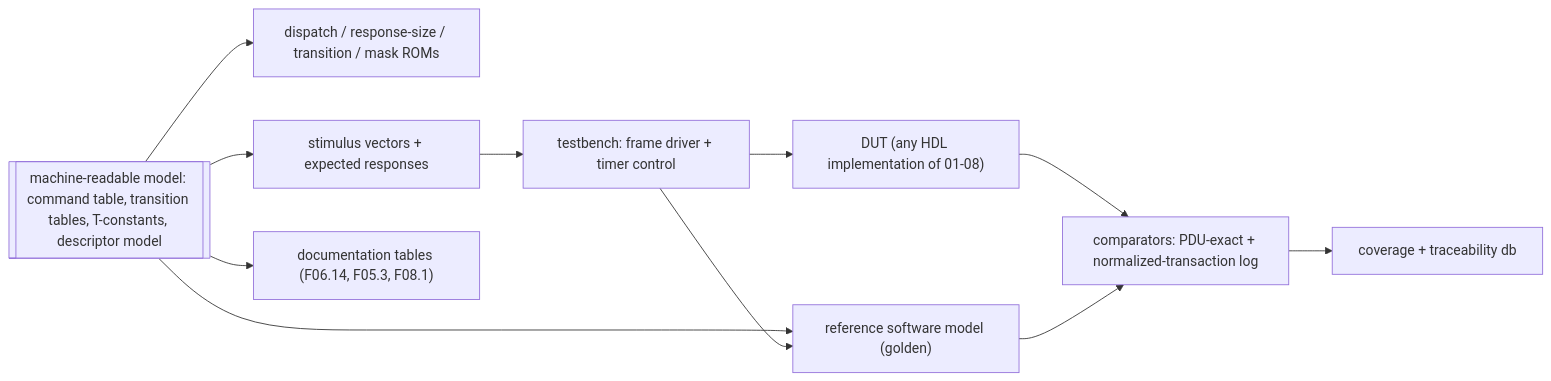
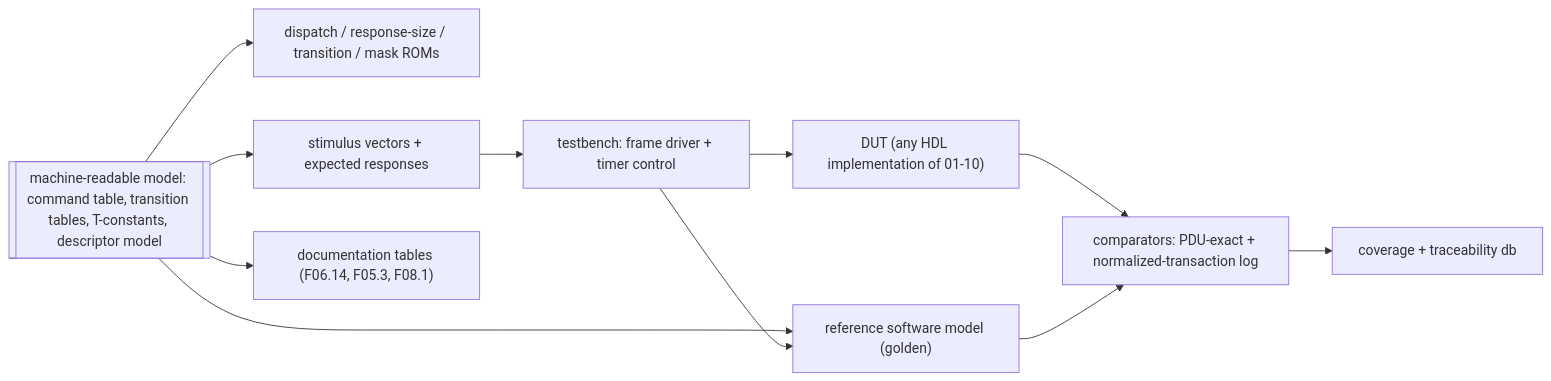
Before and after one commit to Mister-M-alt/protocol-processor-control-plane-avb-milan: the first of 2 diagrams in docs/architecture/09_verification.md, drawn with Mermaid. The commit also changed 9 other files, not shown here.

````diff
--- a/docs/architecture/09_verification.md
+++ b/docs/architecture/09_verification.md
@@ -8,14 +8,14 @@
 ```mermaid
 flowchart LR
   spec[["machine-readable model: command table, transition tables, T-constants, descriptor model"]]
   spec --> gen1["dispatch / response-size / transition / mask ROMs"]
   spec --> gen2["reference software model (golden)"]
   spec --> gen3["stimulus vectors + expected responses"]
   spec --> gen4["documentation tables (F06.14, F05.3, F08.1)"]
   gen3 --> tb["testbench: frame driver + timer control"]
-  tb --> dut["DUT (any HDL implementation of 01-08)"]
+  tb --> dut["DUT (any HDL implementation of 01-10)"]
   tb --> gen2
   dut --> cmpl["comparators: PDU-exact + normalized-transaction log"]
   gen2 --> cmpl
   cmpl --> cov["coverage + traceability db"]
 ```
````
